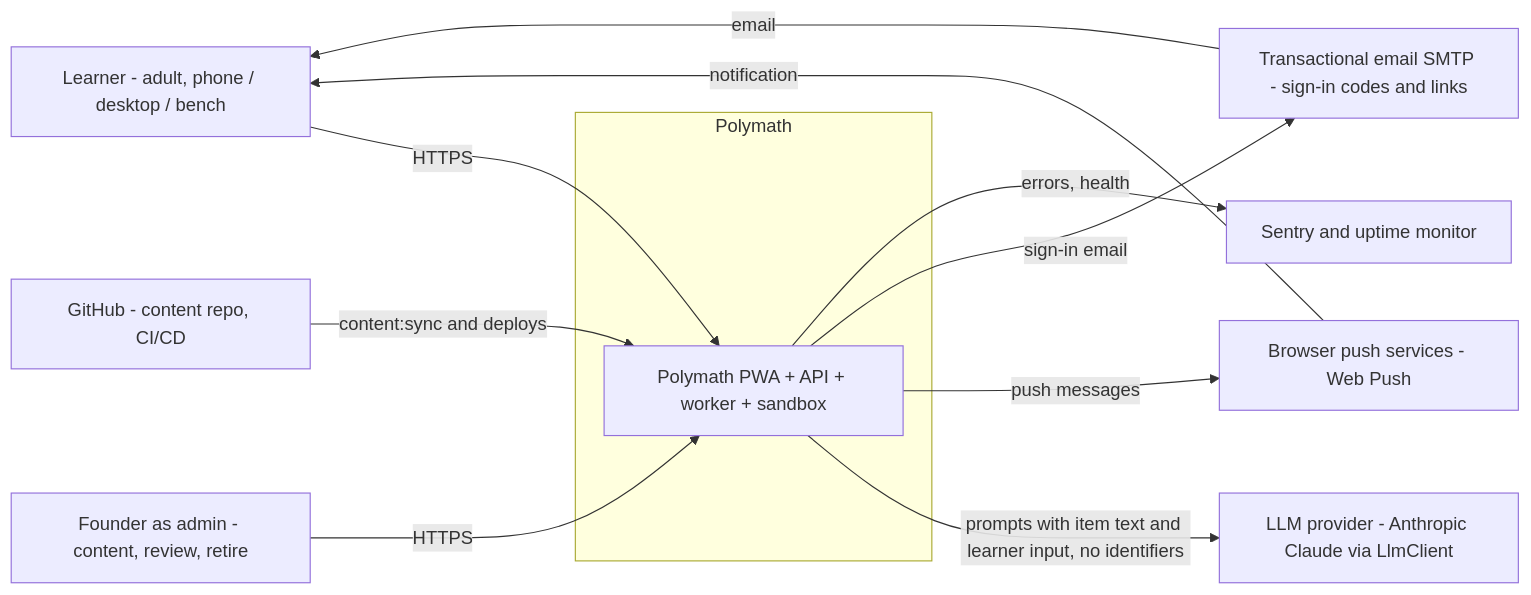
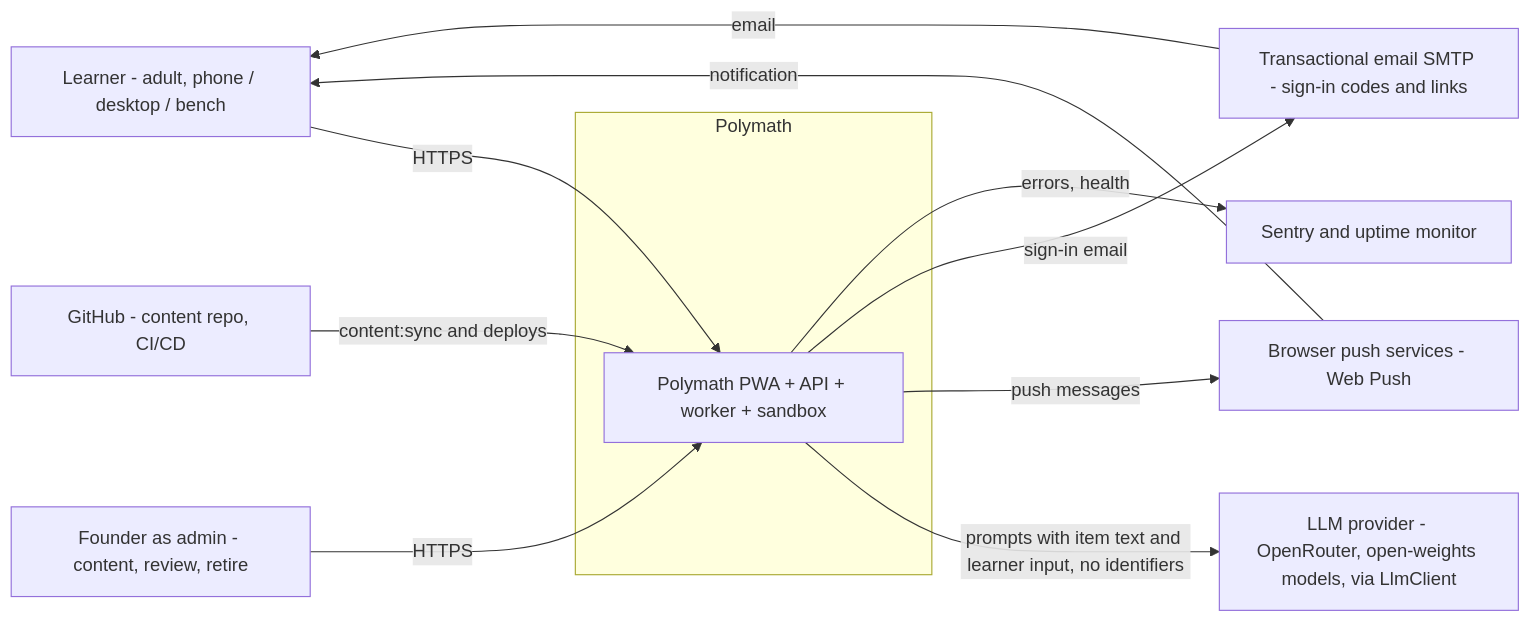
Before and after one commit to A-Stefanachi/polymath: the first of 11 diagrams in polymath-app-spec/docs/03-architecture.md, drawn with Mermaid. The commit also changed other lines of this file and 76 other files, not shown here.

First line of the commit message:
BL-0002 Scaffold the pnpm monorepo, plus OpenRouter and hosting decisions (#2)

````diff
--- a/polymath-app-spec/docs/03-architecture.md
+++ b/polymath-app-spec/docs/03-architecture.md
@@ -39,22 +39,22 @@
 ```mermaid
 flowchart LR
   L["Learner - adult, phone / desktop / bench"]
   A["Founder as admin - content, review, retire"]
   subgraph SYS["Polymath"]
     APP["Polymath PWA + API + worker + sandbox"]
   end
-  LLM["LLM provider - Anthropic Claude via LlmClient"]
+  LLM["LLM provider - OpenRouter, open-weights models, via LlmClient"]
   GH["GitHub - content repo, CI/CD"]
   PUSH["Browser push services - Web Push"]
   MAIL["Transactional email SMTP - sign-in codes and links"]
   OBS["Sentry and uptime monitor"]
   L -->|HTTPS| APP
   A -->|HTTPS| APP
   APP -->|prompts with item text and learner input, no identifiers| LLM
   GH -->|content:sync and deploys| APP
   APP -->|push messages| PUSH
   PUSH -->|notification| L
   APP -->|sign-in email| MAIL
   MAIL -->|email| L
   APP -->|errors, health| OBS
 ```
````
